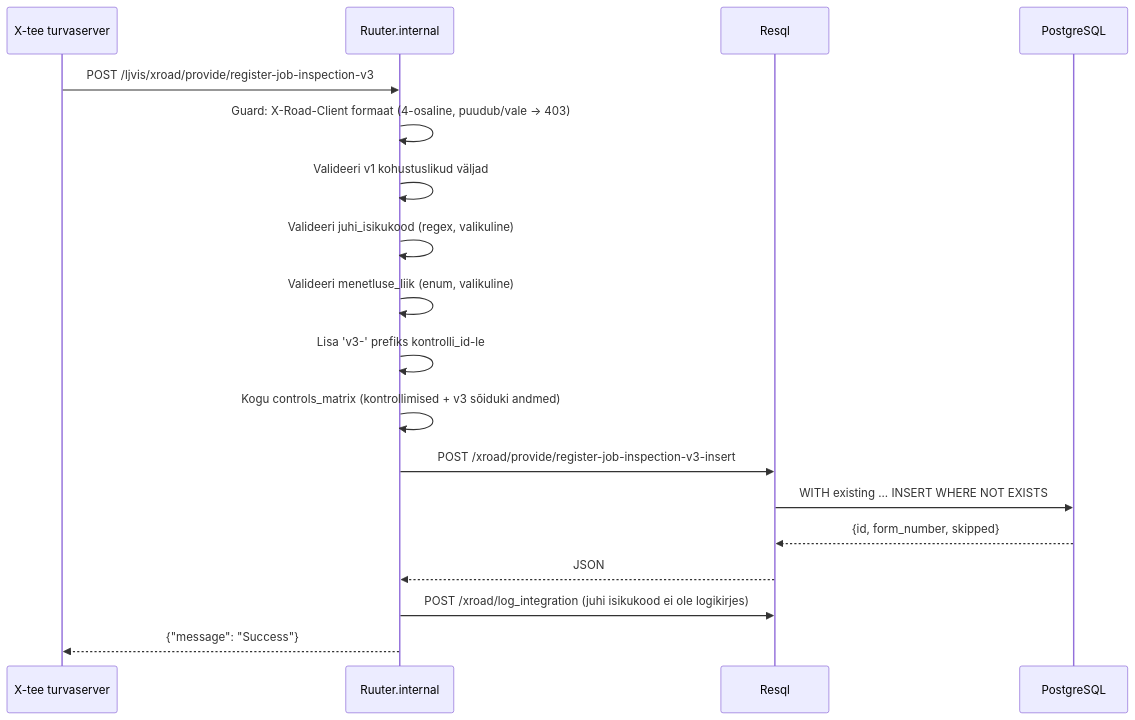
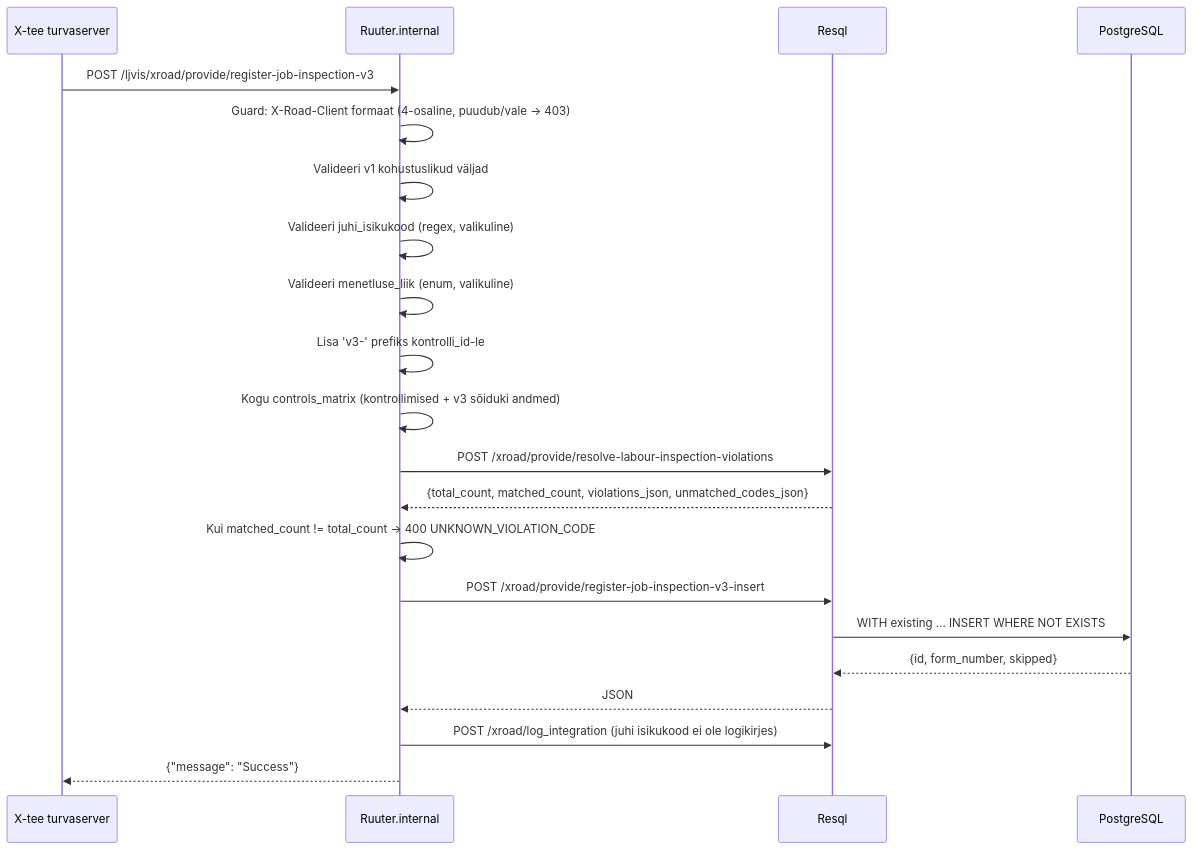
The diagram in docs/xtee/07-register-job-inspection-v3.md (kemit-ee/ljvis-2), drawn with Mermaid before and after one commit. The commit also changed other lines of this file and 17 other files, not shown here.

````diff
--- a/docs/xtee/07-register-job-inspection-v3.md
+++ b/docs/xtee/07-register-job-inspection-v3.md
@@ -53,21 +55,24 @@
 ```mermaid
 sequenceDiagram
     participant VS as X-tee turvaserver
     participant RI as Ruuter.internal
     participant RS as Resql
     participant DB as PostgreSQL
 
     VS->>RI: POST /ljvis/xroad/provide/register-job-inspection-v3
     RI->>RI: Guard: X-Road-Client formaat (4-osaline, puudub/vale → 403)
     RI->>RI: Valideeri v1 kohustuslikud väljad
     RI->>RI: Valideeri juhi_isikukood (regex, valikuline)
     RI->>RI: Valideeri menetluse_liik (enum, valikuline)
     RI->>RI: Lisa 'v3-' prefiks kontrolli_id-le
     RI->>RI: Kogu controls_matrix (kontrollimised + v3 sõiduki andmed)
+    RI->>RS: POST /xroad/provide/resolve-labour-inspection-violations
+    RS-->>RI: {total_count, matched_count, violations_json, unmatched_codes_json}
+    RI->>RI: Kui matched_count != total_count → 400 UNKNOWN_VIOLATION_CODE
     RI->>RS: POST /xroad/provide/register-job-inspection-v3-insert
     RS->>DB: WITH existing ... INSERT WHERE NOT EXISTS
     DB-->>RS: {id, form_number, skipped}
     RS-->>RI: JSON
     RI->>RS: POST /xroad/log_integration (juhi isikukood ei ole logikirjes)
     RI-->>VS: {"message": "Success"}
 ```
````
